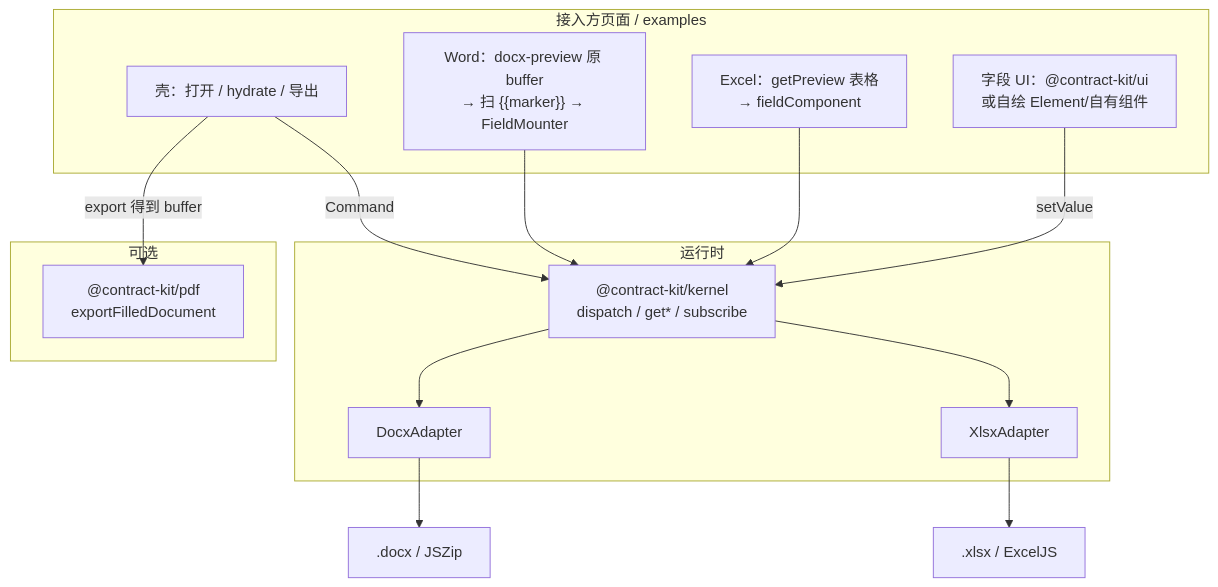
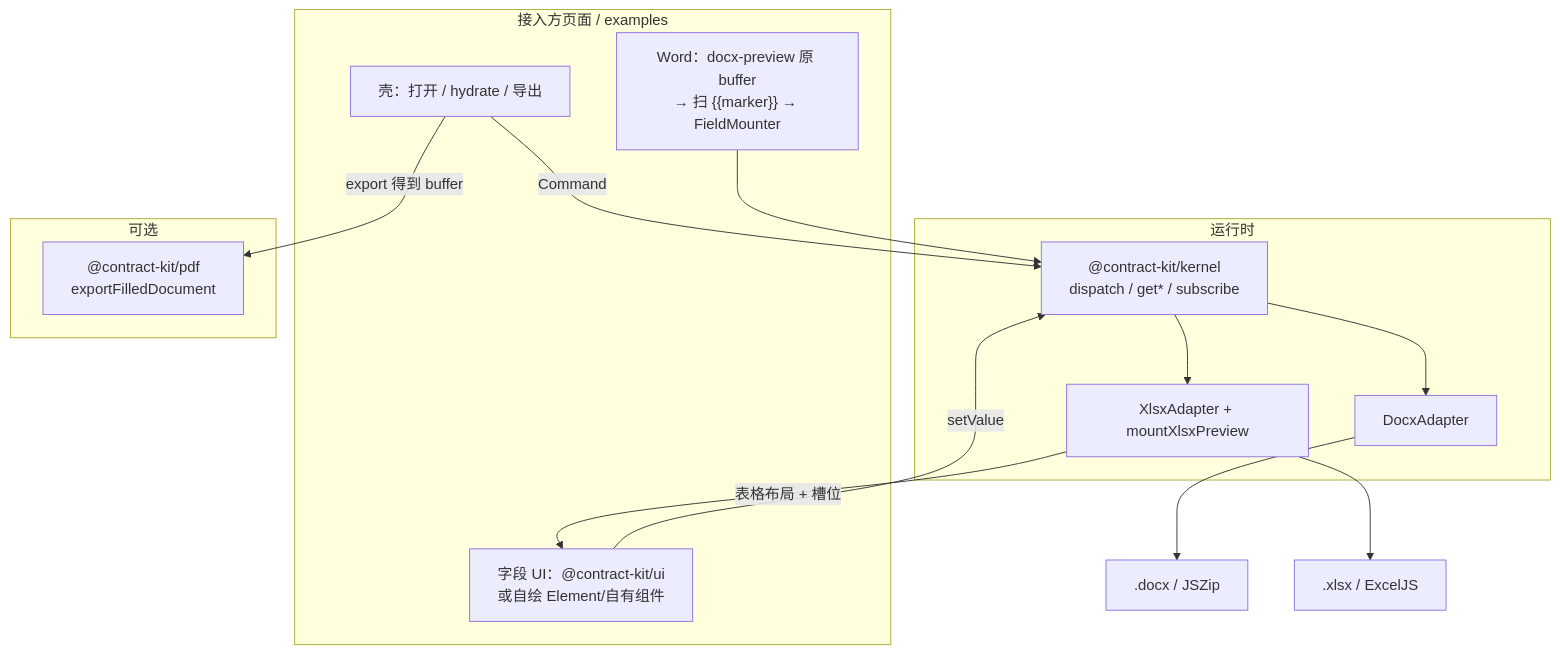
The first of 5 diagrams in docs/architecture.md (xxxxxuhb/contract-kit), drawn with Mermaid before and after one commit. The commit also changed other lines of this file and 94 other files, not shown here.

First line of the commit message:
Ship Nuxt demo, xlsx preview layout with cell colors, and env limits.

````diff
--- a/docs/architecture.md
+++ b/docs/architecture.md
@@ -51,29 +52,28 @@
 ```mermaid
 flowchart TB
   subgraph Page["接入方页面 / examples"]
     Shell["壳：打开 / hydrate / 导出"]
     DocxLayout["Word：docx-preview 原 buffer<br/>→ 扫 {{marker}} → FieldMounter"]
-    XlsxLayout["Excel：getPreview 表格<br/>→ fieldComponent"]
     FieldUI["字段 UI：@contract-kit/ui<br/>或自绘 Element/自有组件"]
   end
 
   subgraph Core["运行时"]
     Kernel["@contract-kit/kernel<br/>dispatch / get* / subscribe"]
     Docx["DocxAdapter"]
-    Xlsx["XlsxAdapter"]
+    Xlsx["XlsxAdapter + mountXlsxPreview"]
   end
 
   subgraph Optional["可选"]
     Pdf["@contract-kit/pdf<br/>exportFilledDocument"]
   end
 
   Shell -->|Command| Kernel
   DocxLayout --> Kernel
-  XlsxLayout --> Kernel
+  Xlsx -->|"表格布局 + 槽位"| FieldUI
   FieldUI -->|setValue| Kernel
   Kernel --> Docx
   Kernel --> Xlsx
   Shell -->|export 得到 buffer| Pdf
   Docx --> OOXML[".docx / JSZip"]
   Xlsx --> XLSX[".xlsx / ExcelJS"]
 ```
````
